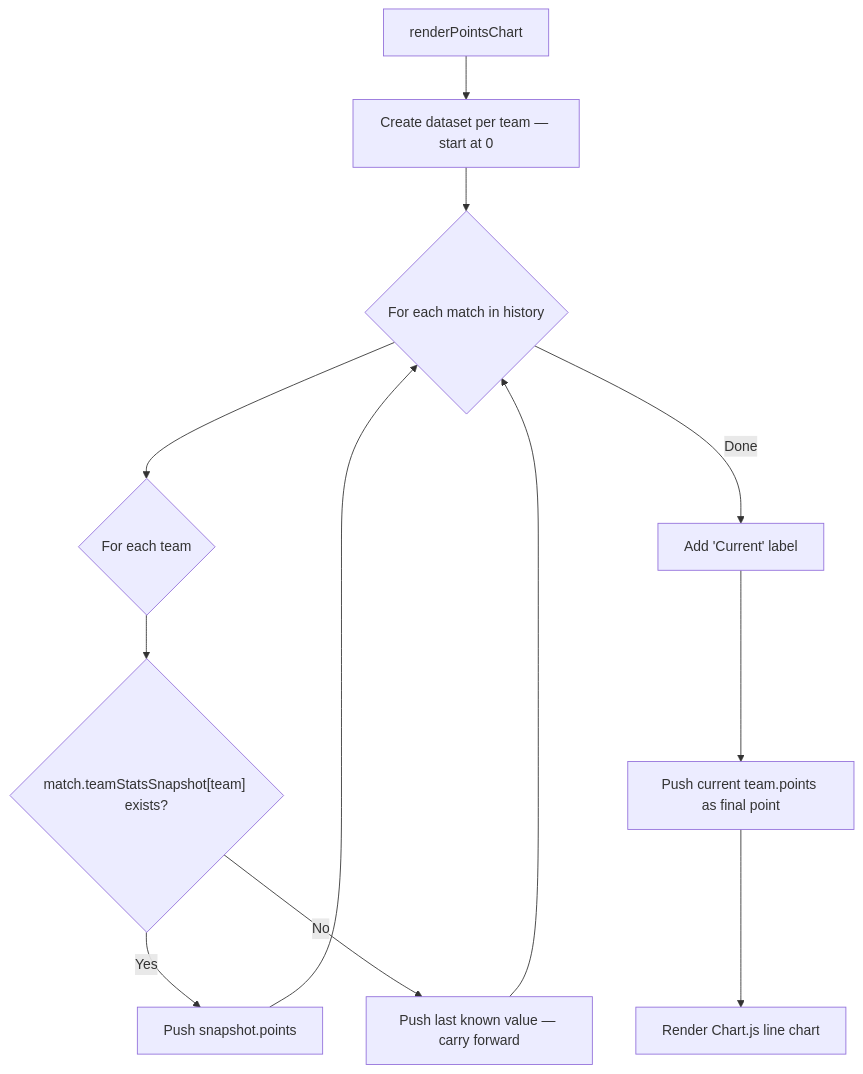
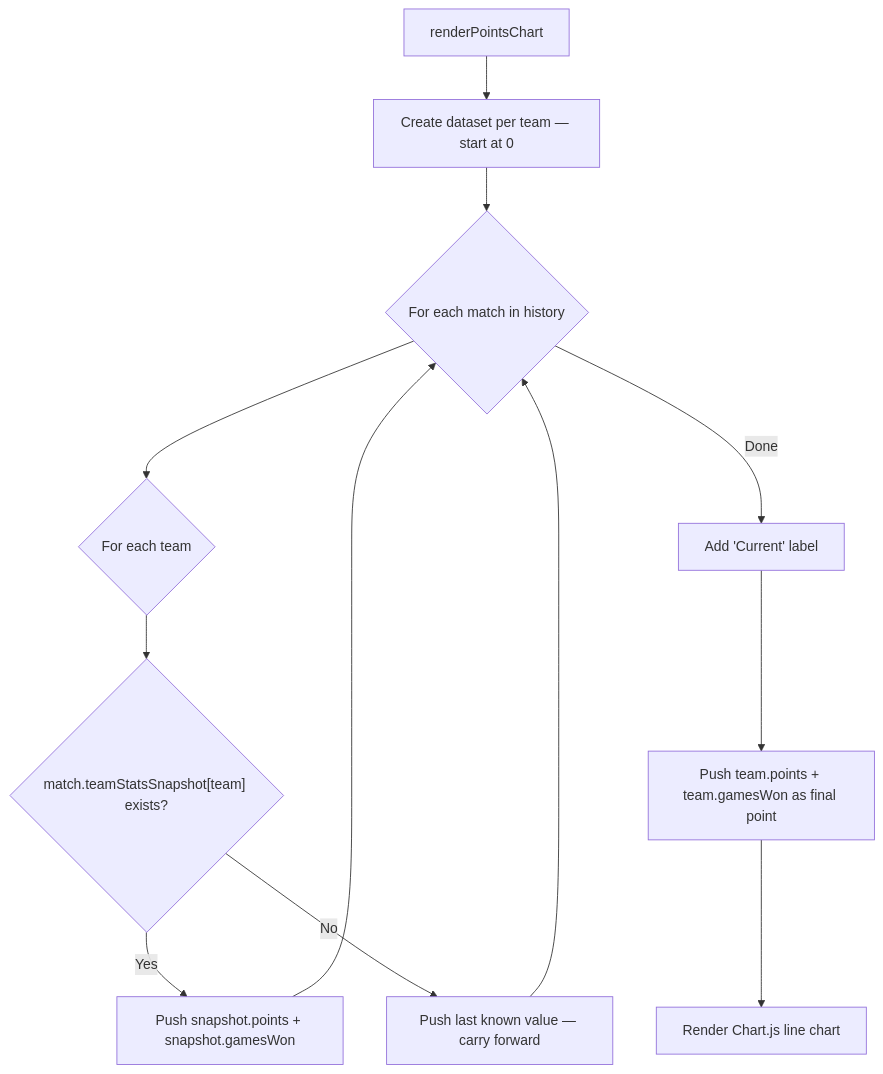
Before and after one commit to LNiitlahti/BoardGame: the seventh of 10 diagrams in BoardGame/docs/architecture/statistics.md, drawn with Mermaid. The commit also changed other lines of this file and 20 other files, not shown here.

````diff
--- a/BoardGame/docs/architecture/statistics.md
+++ b/BoardGame/docs/architecture/statistics.md
@@ -198,14 +210,14 @@
 ```mermaid
 flowchart TD
     A[renderPointsChart] --> B["Create dataset per team — start at 0"]
     B --> C{For each match in history}
     C --> D{For each team}
     D --> E{"match.teamStatsSnapshot[team] exists?"}
-    E -->|Yes| F[Push snapshot.points]
+    E -->|Yes| F["Push snapshot.points + snapshot.gamesWon"]
     E -->|No| G[Push last known value — carry forward]
     F --> C
     G --> C
     C -->|Done| H["Add 'Current' label"]
-    H --> I[Push current team.points as final point]
+    H --> I["Push team.points + team.gamesWon as final point"]
     I --> J[Render Chart.js line chart]
 ```
````
